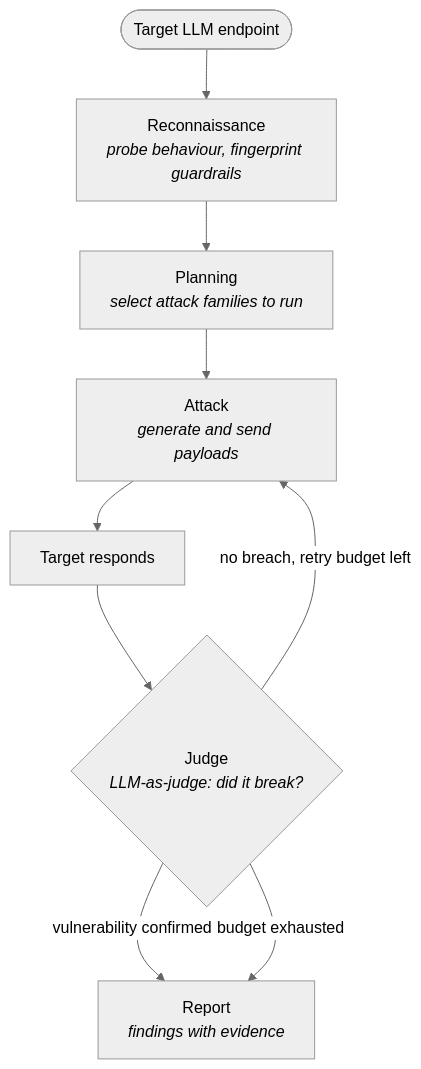
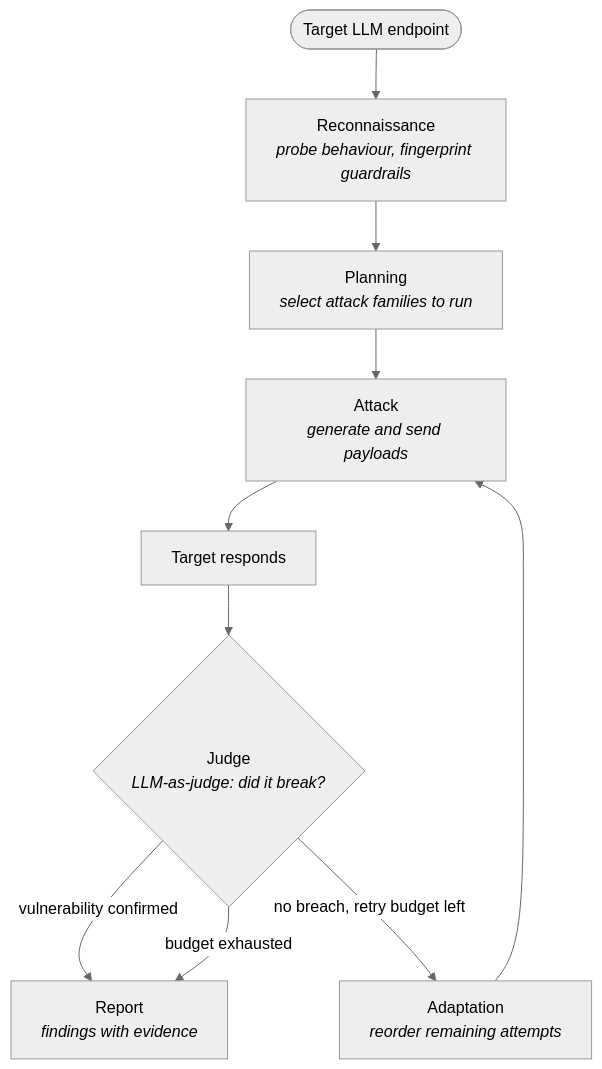
Before and after one commit to mchx-cs/agentic-llm-redteam: the diagram in README.md, drawn with Mermaid (neutral theme). The commit also changed other lines of this file and 9 other files, not shown here.

````diff
--- a/README.md
+++ b/README.md
@@ -39,11 +41,12 @@
 ```mermaid
 flowchart TD
     A([Target LLM endpoint]) --> B[Reconnaissance<br/><i>probe behaviour, fingerprint guardrails</i>]
     B --> C[Planning<br/><i>select attack families to run</i>]
     C --> D[Attack<br/><i>generate and send payloads</i>]
     D --> E[Target responds]
     E --> F{Judge<br/><i>LLM-as-judge: did it break?</i>}
     F -->|vulnerability confirmed| G[Report<br/><i>findings with evidence</i>]
-    F -->|no breach, retry budget left| D
+    F -->|no breach, retry budget left| D2[Adaptation<br/><i>reorder remaining attempts</i>]
+    D2 --> D
     F -->|budget exhausted| G
 ```
````
